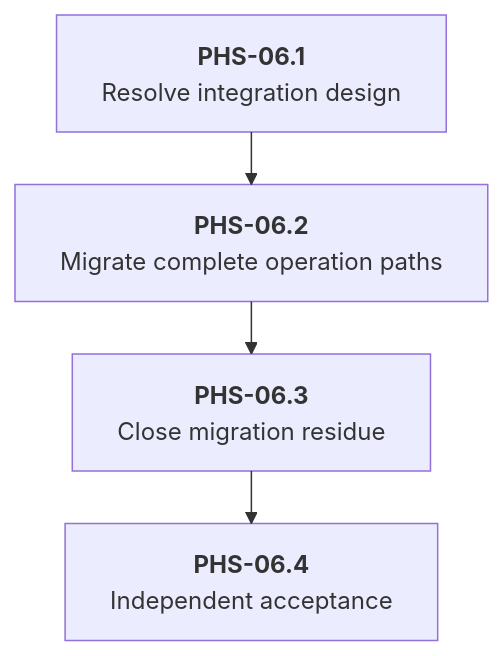
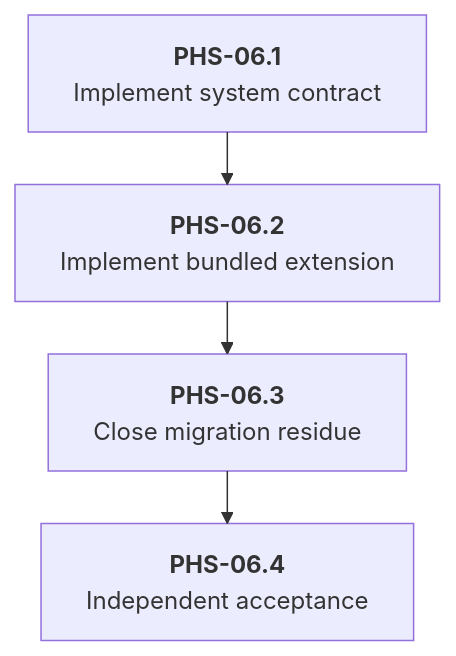
One commit to n-r-w/glyph changed the diagram in docs/specs/features/initial/phases/06-context-compaction-retry-control/migration-plan.md. Above: the diagram before and after it, drawn with Mermaid. The commit also changed other lines of this file and 9 other files, not shown here.

````diff
--- a/docs/specs/features/initial/phases/06-context-compaction-retry-control/migration-plan.md
+++ b/docs/specs/features/initial/phases/06-context-compaction-retry-control/migration-plan.md
@@ -64,19 +64,19 @@
 ```mermaid
 ---
 config:
   layout: elk
   flowchart:
     wrappingWidth: 700
     htmlLabels: true
 ---
 flowchart TD
     design["`**PHS-06.1**
-Resolve integration design`"]
+Implement system contract`"]
     migrate["`**PHS-06.2**
-Migrate complete operation paths`"]
+Implement bundled extension`"]
     cleanup["`**PHS-06.3**
 Close migration residue`"]
     verify["`**PHS-06.4**
 Independent acceptance`"]
     design --> migrate --> cleanup --> verify
 ```
````
